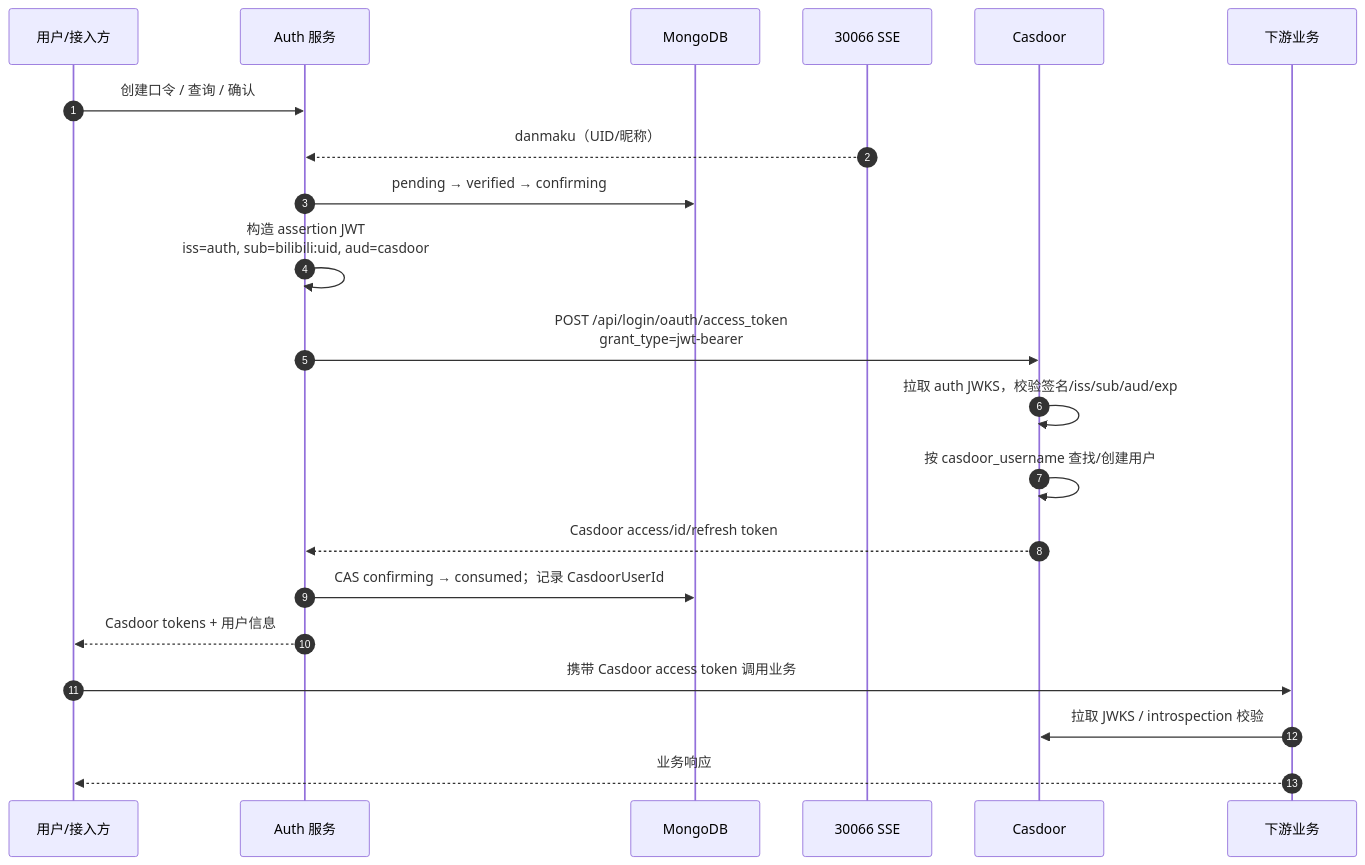
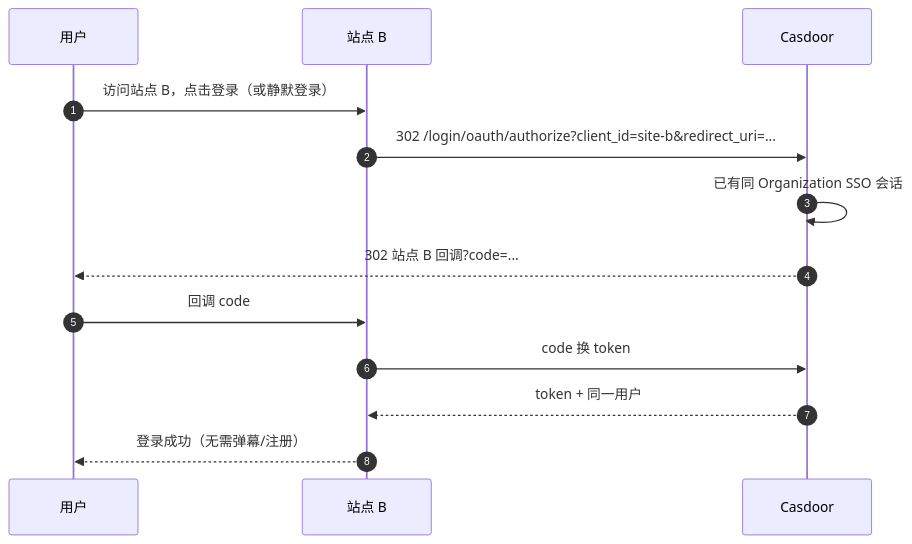
One commit to Deliay/z-vtuber changed the fifth of 8 diagrams in docs/engineering/proposals/20261119-proposal-danmaku-account-auth.md. Above: the diagram before and after it, drawn with Mermaid. The commit also changed other lines of this file and 1 other file, not shown here.

Commit message:
docs(auth): 返工 v2.0，改为多站点 Casdoor SSO 与多房间事件源

````diff
--- a/docs/engineering/proposals/20261119-proposal-danmaku-account-auth.md
+++ b/docs/engineering/proposals/20261119-proposal-danmaku-account-auth.md
@@ -975,24 +1004,16 @@
 ```mermaid
 sequenceDiagram
     autonumber
-    participant U as 用户/接入方
-    participant A as Auth 服务
-    participant M as MongoDB
-    participant S as 30066 SSE
+    participant U as 用户
+    participant B as 站点 B
     participant C as Casdoor
-    participant D as 下游业务
 
-    U->>A: 创建口令 / 查询 / 确认
-    S-->>A: danmaku（UID/昵称）
-    A->>M: pending → verified → confirming
-    A->>A: 构造 assertion JWT<br/>iss=auth, sub=bilibili:uid, aud=casdoor
-    A->>C: POST /api/login/oauth/access_token<br/>grant_type=jwt-bearer
-    C->>C: 拉取 auth JWKS，校验签名/iss/sub/aud/exp
-    C->>C: 按 casdoor_username 查找/创建用户
-    C-->>A: Casdoor access/id/refresh token
-    A->>M: CAS confirming → consumed；记录 CasdoorUserId
-    A-->>U: Casdoor tokens + 用户信息
-    U->>D: 携带 Casdoor access token 调用业务
-    D->>C: 拉取 JWKS / introspection 校验
-    D-->>U: 业务响应
+    U->>B: 访问站点 B，点击登录（或静默登录）
+    B->>C: 302 /login/oauth/authorize?client_id=site-b&redirect_uri=...
+    C->>C: 已有同 Organization SSO 会话
+    C-->>U: 302 站点 B 回调?code=...
+    U->>B: 回调 code
+    B->>C: code 换 token
+    C-->>B: token + 同一用户
+    B-->>U: 登录成功（无需弹幕/注册）
 ```
````
